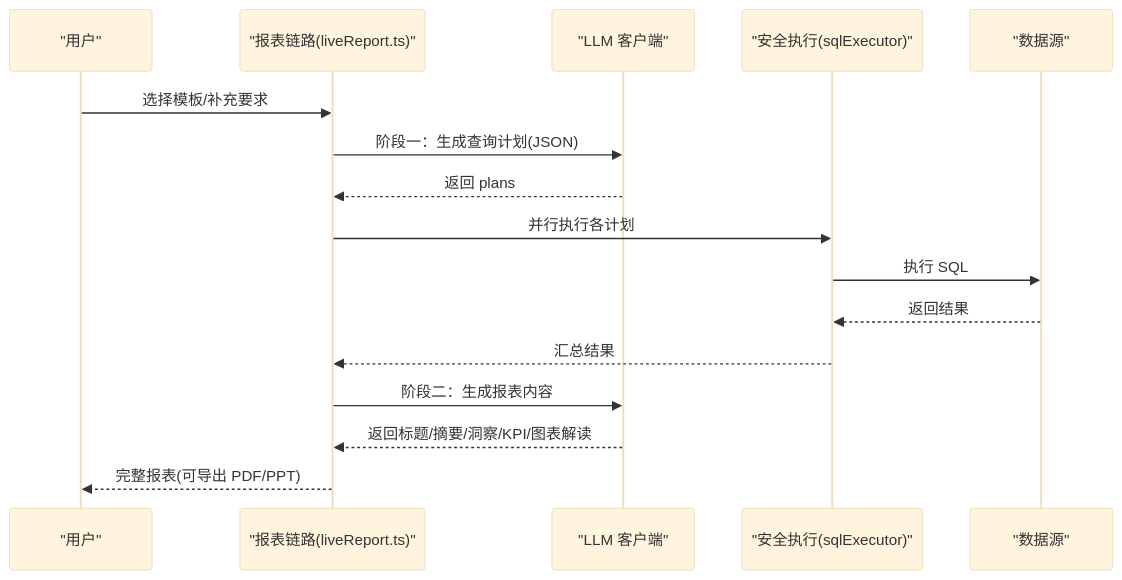
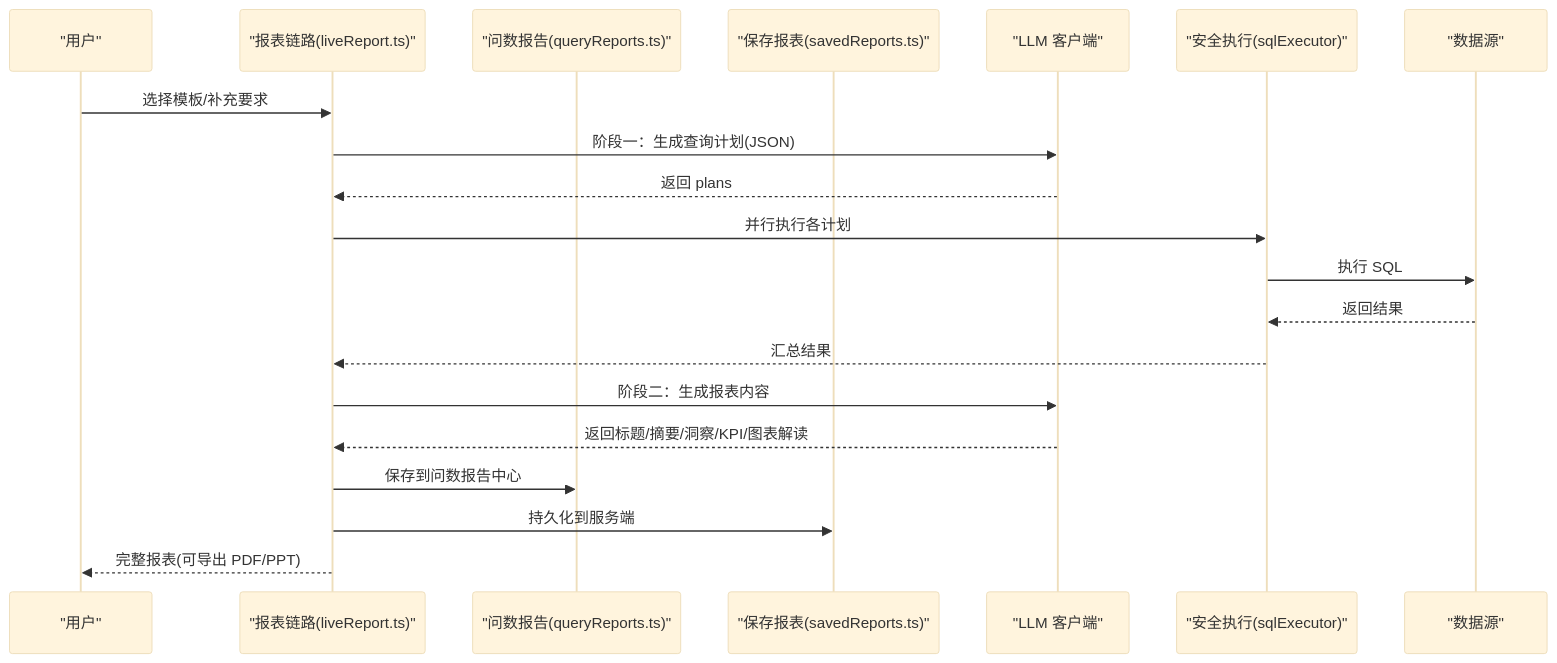
One commit to dgjin/smart-data-analytics changed the seventh of 9 diagrams in .qoder/repowiki/zh/content/项目概述/系统介绍与特性.md. Above: the diagram before and after it, drawn with Mermaid (base theme). The commit also changed other lines of this file and 100 other files, not shown here.

````diff
--- a/.qoder/repowiki/zh/content/项目概述/系统介绍与特性.md
+++ b/.qoder/repowiki/zh/content/项目概述/系统介绍与特性.md
@@ -163,18 +265,22 @@
 ```mermaid
 sequenceDiagram
 participant U as "用户"
 participant R as "报表链路(liveReport.ts)"
+participant QR as "问数报告(queryReports.ts)"
+participant SR as "保存报表(savedReports.ts)"
 participant L as "LLM 客户端"
 participant X as "安全执行(sqlExecutor)"
 participant DB as "数据源"
 U->>R : 选择模板/补充要求
 R->>L : 阶段一：生成查询计划(JSON)
 L-->>R : 返回 plans
 R->>X : 并行执行各计划
 X->>DB : 执行 SQL
 DB-->>X : 返回结果
 X-->>R : 汇总结果
 R->>L : 阶段二：生成报表内容
 L-->>R : 返回标题/摘要/洞察/KPI/图表解读
+R->>QR : 保存到问数报告中心
+R->>SR : 持久化到服务端
 R-->>U : 完整报表(可导出 PDF/PPT)
 ```
````
